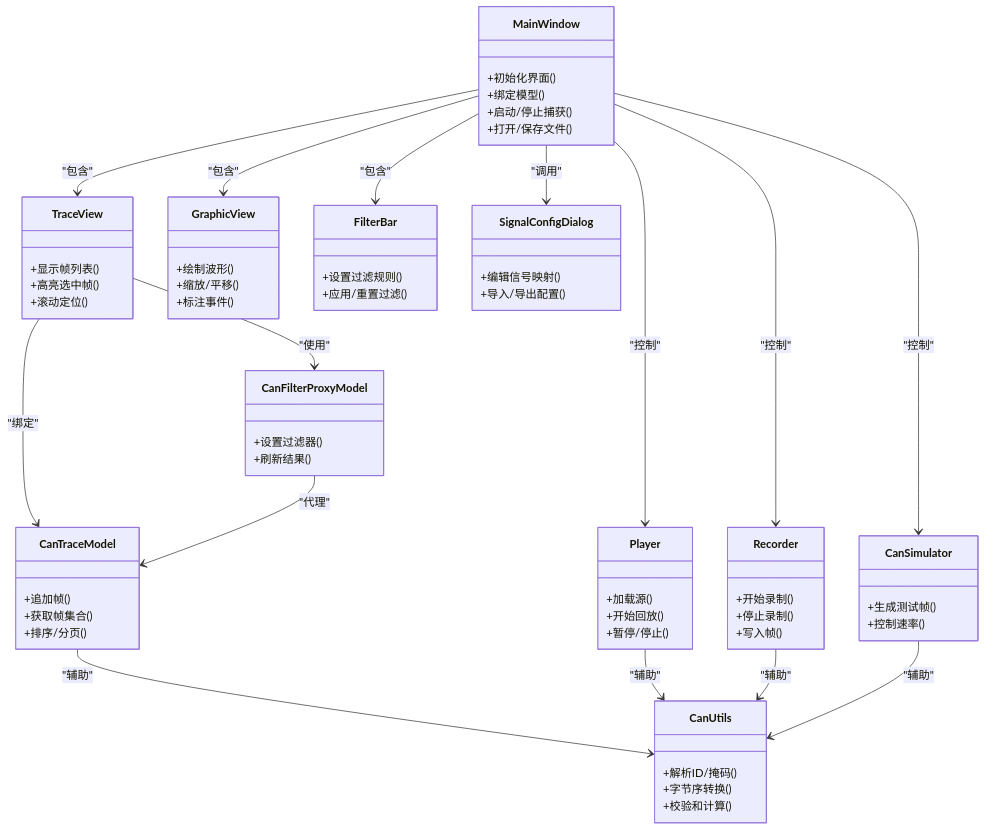
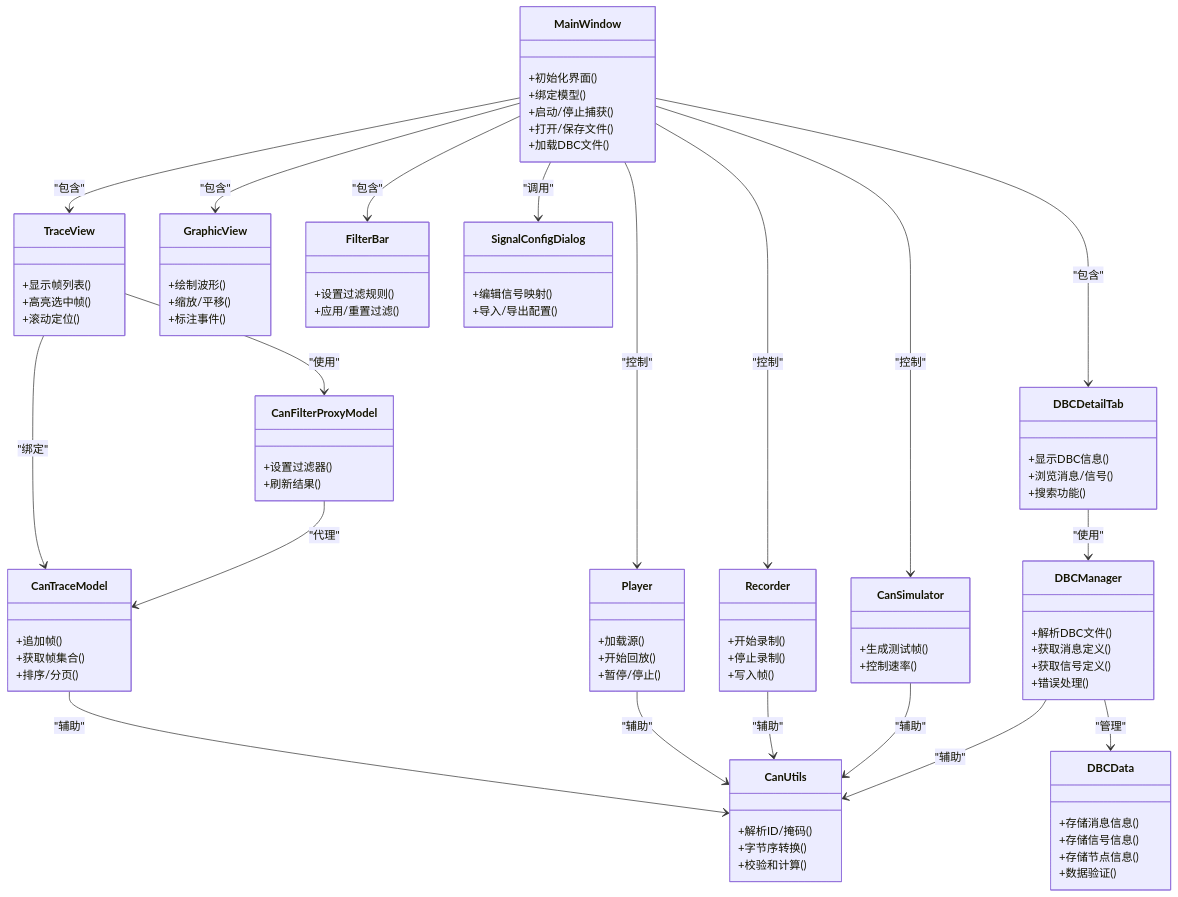
The second of 7 diagrams in .qoder/repowiki/zh/content/项目概述/CAN总线分析工具.md (jakecai1225-design/OpenBus), drawn with Mermaid before and after one commit. The commit also changed other lines of this file and 215 other files, not shown here.

````diff
--- a/.qoder/repowiki/zh/content/项目概述/CAN总线分析工具.md
+++ b/.qoder/repowiki/zh/content/项目概述/CAN总线分析工具.md
@@ -127,6 +153,7 @@
 +绑定模型()
 +启动/停止捕获()
 +打开/保存文件()
++加载DBC文件()
 }
 class TraceView {
 +显示帧列表()
@@ -145,6 +172,11 @@
 class SignalConfigDialog {
 +编辑信号映射()
 +导入/导出配置()
+}
+class DBCDetailTab {
++显示DBC信息()
++浏览消息/信号()
++搜索功能()
 }
 class CanTraceModel {
 +追加帧()
@@ -169,6 +201,18 @@
 +生成测试帧()
 +控制速率()
 }
+class DBCManager {
++解析DBC文件()
++获取消息定义()
++获取信号定义()
++错误处理()
+}
+class DBCData {
++存储消息信息()
++存储信号信息()
++存储节点信息()
++数据验证()
+}
 class CanUtils {
 +解析ID/掩码()
 +字节序转换()
@@ -178,9 +222,12 @@
 MainWindow --> GraphicView : "包含"
 MainWindow --> FilterBar : "包含"
 MainWindow --> SignalConfigDialog : "调用"
+MainWindow --> DBCDetailTab : "包含"
 TraceView --> CanTraceModel : "绑定"
 TraceView --> CanFilterProxyModel : "使用"
 CanFilterProxyModel --> CanTraceModel : "代理"
+DBCDetailTab --> DBCManager : "使用"
+DBCManager --> DBCData : "管理"
 MainWindow --> Player : "控制"
 MainWindow --> Recorder : "控制"
 MainWindow --> CanSimulator : "控制"
@@ -188,4 +235,5 @@
 Player --> CanUtils : "辅助"
 Recorder --> CanUtils : "辅助"
 CanSimulator --> CanUtils : "辅助"
+DBCManager --> CanUtils : "辅助"
 ```
````
